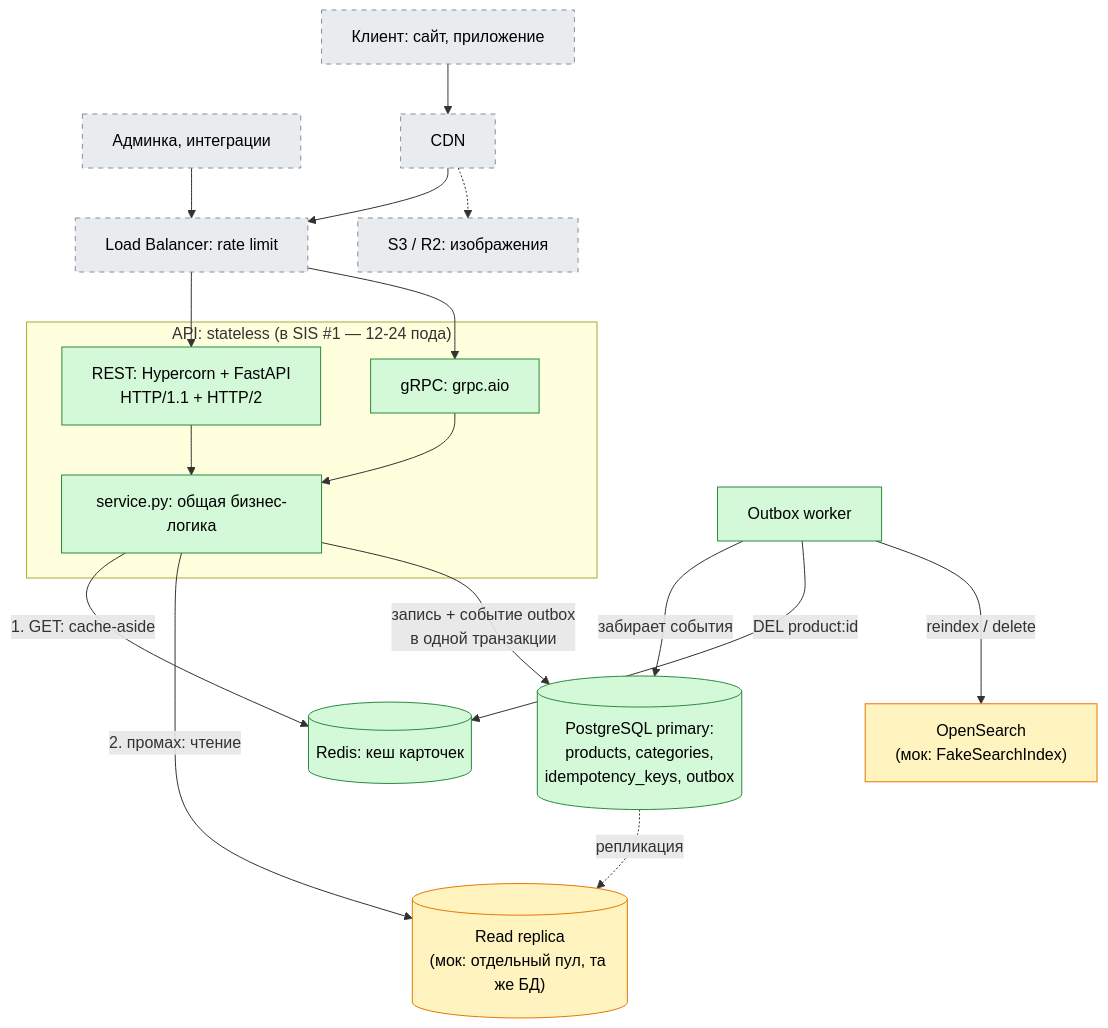
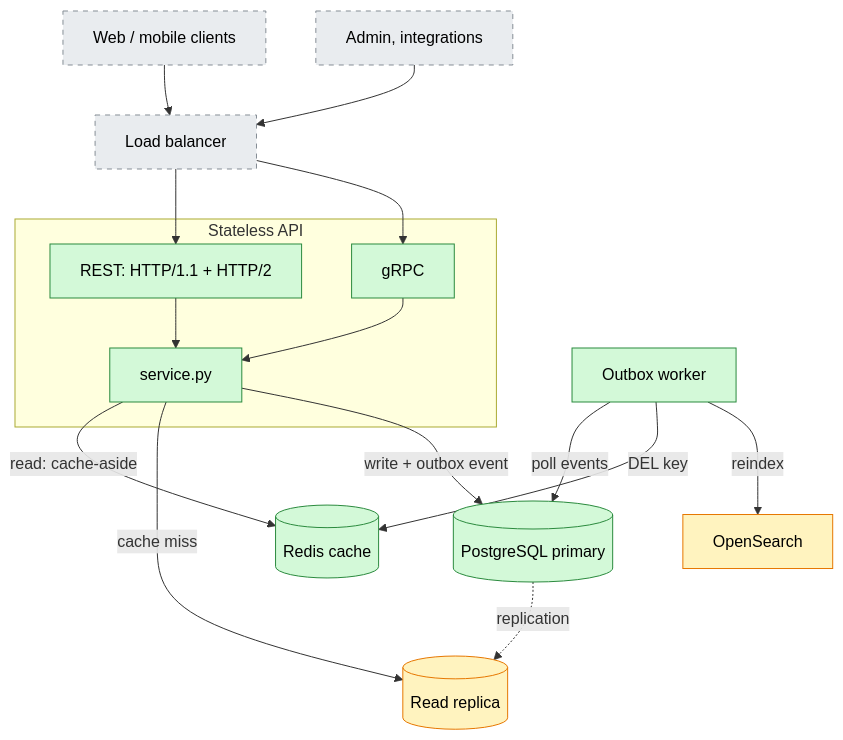
Before and after one commit to BEknUur/kbtu-higload-backend: the first of 3 diagrams in sis-2/README.md, drawn with Mermaid. The commit also changed other lines of this file and 1 other file, not shown here.

````diff
--- a/sis-2/README.md
+++ b/sis-2/README.md
@@ -37,42 +32,39 @@
 ```mermaid
 flowchart TB
-    client["Клиент: сайт, приложение"]
-    admin["Админка, интеграции"]
-    cdn["CDN"]
-    s3["S3 / R2: изображения"]
-    lb["Load Balancer: rate limit"]
+    client["Web / mobile clients"]
+    admin["Admin, integrations"]
+    lb["Load balancer"]
 
-    subgraph api["API: stateless (в SIS #1 — 12-24 пода)"]
-        rest["REST: Hypercorn + FastAPI<br/>HTTP/1.1 + HTTP/2"]
-        grpcs["gRPC: grpc.aio"]
-        svc["service.py: общая бизнес-логика"]
+    subgraph api["Stateless API"]
+        rest["REST: HTTP/1.1 + HTTP/2"]
+        grpcs["gRPC"]
+        svc["service.py"]
         rest --> svc
         grpcs --> svc
     end
 
-    redis[("Redis: кеш карточек")]
-    pg[("PostgreSQL primary:<br/>products, categories,<br/>idempotency_keys, outbox")]
-    replica[("Read replica<br/>(мок: отдельный пул, та же БД)")]
+    redis[("Redis cache")]
+    pg[("PostgreSQL primary")]
+    replica[("Read replica")]
     worker["Outbox worker"]
-    search["OpenSearch<br/>(мок: FakeSearchIndex)"]
+    search["OpenSearch"]
 
-    client --> cdn --> lb
+    client --> lb
     admin --> lb
-    cdn -.-> s3
     lb --> rest
     lb --> grpcs
-    svc -- "1. GET: cache-aside" --> redis
-    svc -- "2. промах: чтение" --> replica
-    svc -- "запись + событие outbox<br/>в одной транзакции" --> pg
-    pg -.->|"репликация"| replica
-    worker -- "забирает события" --> pg
-    worker -- "DEL product:id" --> redis
-    worker -- "reindex / delete" --> search
+    svc -->|"read: cache-aside"| redis
+    svc -->|"cache miss"| replica
+    svc -->|"write + outbox event"| pg
+    pg -.->|"replication"| replica
+    worker -->|"poll events"| pg
+    worker -->|"DEL key"| redis
+    worker -->|"reindex"| search
 
     classDef real fill:#d3f9d8,stroke:#2b8a3e,color:#000
     classDef mock fill:#fff3bf,stroke:#e67700,color:#000
     classDef design fill:#e9ecef,stroke:#868e96,color:#000,stroke-dasharray: 5 5
     class rest,grpcs,svc,redis,pg,worker real
     class replica,search mock
-    class client,admin,cdn,s3,lb design
+    class client,admin,lb design
 ```
````
